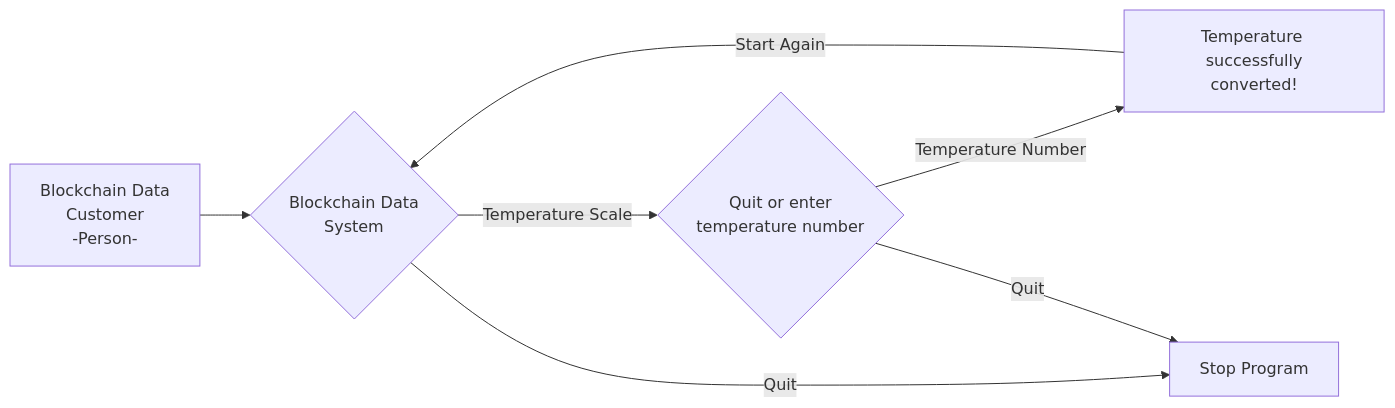
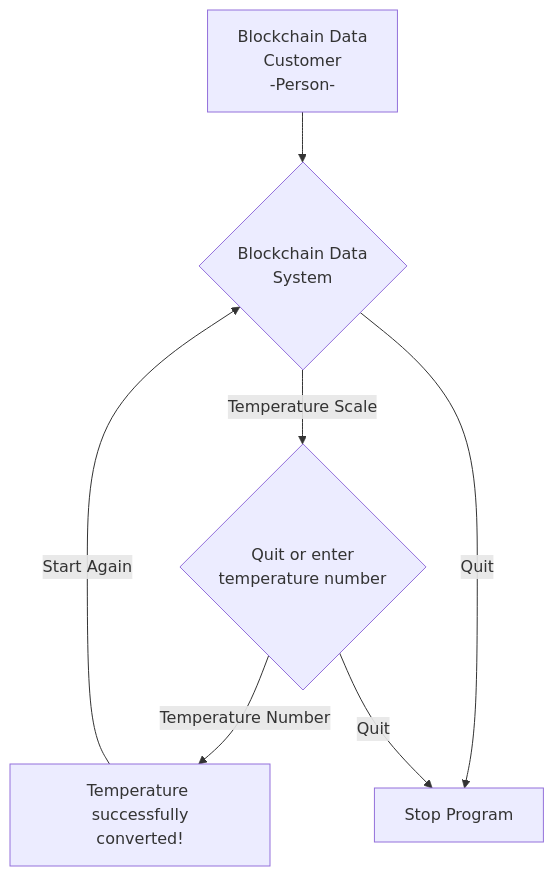
One commit to patmcfarland/one changed the diagram in README.md. Above: the diagram before and after it, drawn with Mermaid.

````diff
--- a/README.md
+++ b/README.md
@@ -1,9 +1,9 @@
 ```mermaid
-flowchart LR
+flowchart TB
 A[Blockchain Data<br>Customer<br>-Person-] -->B{Blockchain Data<br>System}
 B -- Temperature Scale --> C{Quit or enter<br>temperature number} 
 C -- Temperature Number --> D[Temperature successfully<br>converted!] 
 D -- Start Again -->B
 B -- Quit --> E[Stop Program]
 C -- Quit --> E
 ```
````
